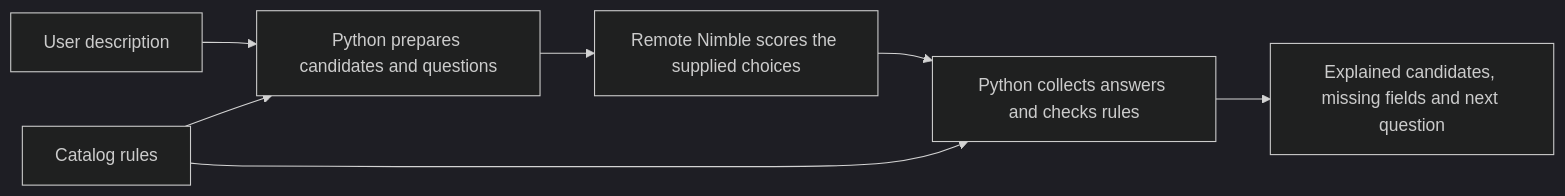
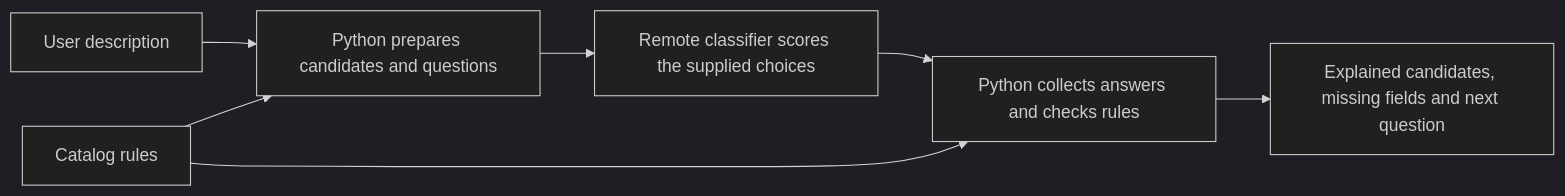
The diagram in experiments/README.md (one-zero-eight/hackathon-tenderhack-kazan-2026-pitonomeshalka), drawn with Mermaid (dark theme) before and after one commit. The commit also changed other lines of this file and 32 other files, not shown here.

````diff
--- a/experiments/README.md
+++ b/experiments/README.md
@@ -90,9 +90,9 @@
 ```mermaid
 flowchart LR
     T["User description"] --> P["Python prepares candidates and questions"]
     C["Catalog rules"] --> P
-    P --> M["Remote Nimble scores the supplied choices"]
+    P --> M["Remote classifier scores the supplied choices"]
     M --> S["Python collects answers and checks rules"]
     C --> S
     S --> R["Explained candidates, missing fields and next question"]
 ```
````
